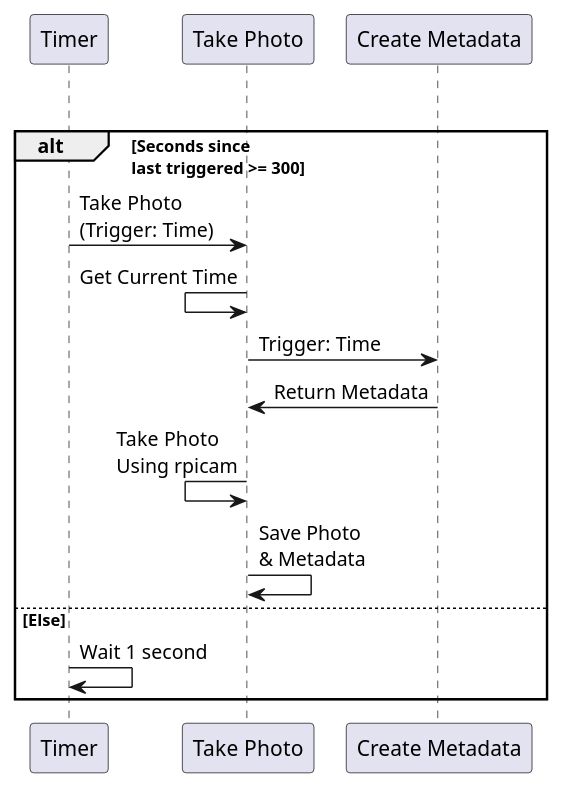
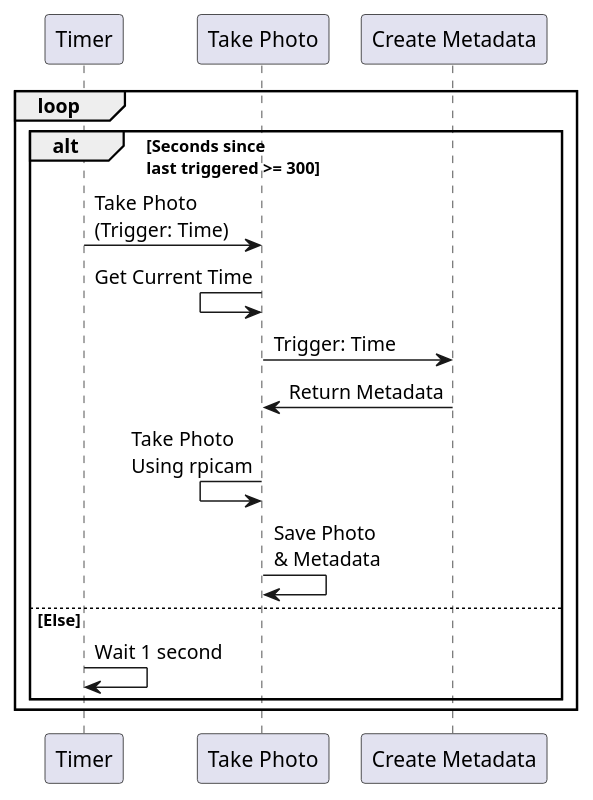
One commit to AlexanderNorup/emli-wildlife-project changed the diagram in diagrams/photo-processes/timed-photo.wsd. Above: the diagram before and after it, drawn with PlantUML.

Commit message:
Fixed missing 'end'

```diff
--- a/diagrams/photo-processes/timed-photo.wsd
+++ b/diagrams/photo-processes/timed-photo.wsd
@@ -1,18 +1,19 @@
 @startuml
 
   participant "Timer" as rpiTime
   participant "Take Photo" as rpiPhoto
   participant "Create Metadata" as rpiMeta
 
 loop
   alt Seconds since\nlast triggered >= 300
     rpiTime -> rpiPhoto : Take Photo\n(Trigger: Time)
     rpiPhoto <- rpiPhoto : Get Current Time
     rpiPhoto -> rpiMeta : Trigger: Time
     rpiMeta -> rpiPhoto : Return Metadata
     rpiPhoto <- rpiPhoto : Take Photo\nUsing rpicam
     rpiPhoto -> rpiPhoto : Save Photo\n& Metadata
   else Else
     rpiTime -> rpiTime : Wait 1 second
+  end
 end
 @enduml
```
